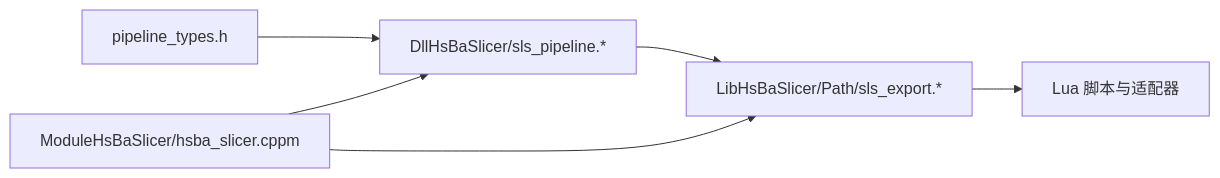
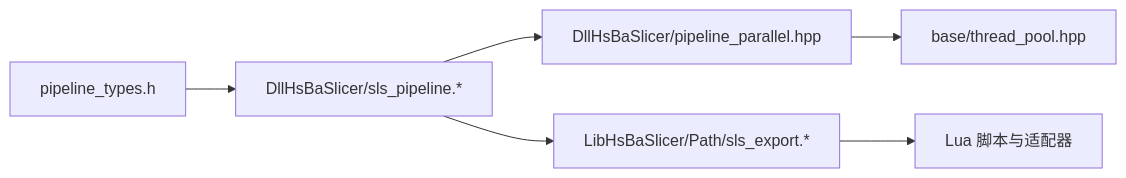
The seventh of 7 diagrams in .qoder/repowiki/zh/content/核心模块详解/SLS选择性激光烧结流水线.md (hsmbanlance/HsBaSlicer), drawn with Mermaid before and after one commit. The commit also changed other lines of this file and 20 other files, not shown here.

````diff
--- a/.qoder/repowiki/zh/content/核心模块详解/SLS选择性激光烧结流水线.md
+++ b/.qoder/repowiki/zh/content/核心模块详解/SLS选择性激光烧结流水线.md
@@ -302,8 +331,8 @@
 ```mermaid
 graph LR
 Types["pipeline_types.h"] --> DLL["DllHsBaSlicer/sls_pipeline.*"]
+DLL --> Parallel["DllHsBaSlicer/pipeline_parallel.hpp"]
+Parallel --> ThreadPool["base/thread_pool.hpp"]
 DLL --> LibExport["LibHsBaSlicer/Path/sls_export.*"]
-Mod["ModuleHsBaSlicer/hsba_slicer.cppm"] --> DLL
-Mod --> LibExport
 LibExport --> Lua["Lua 脚本与适配器"]
 ```
````
